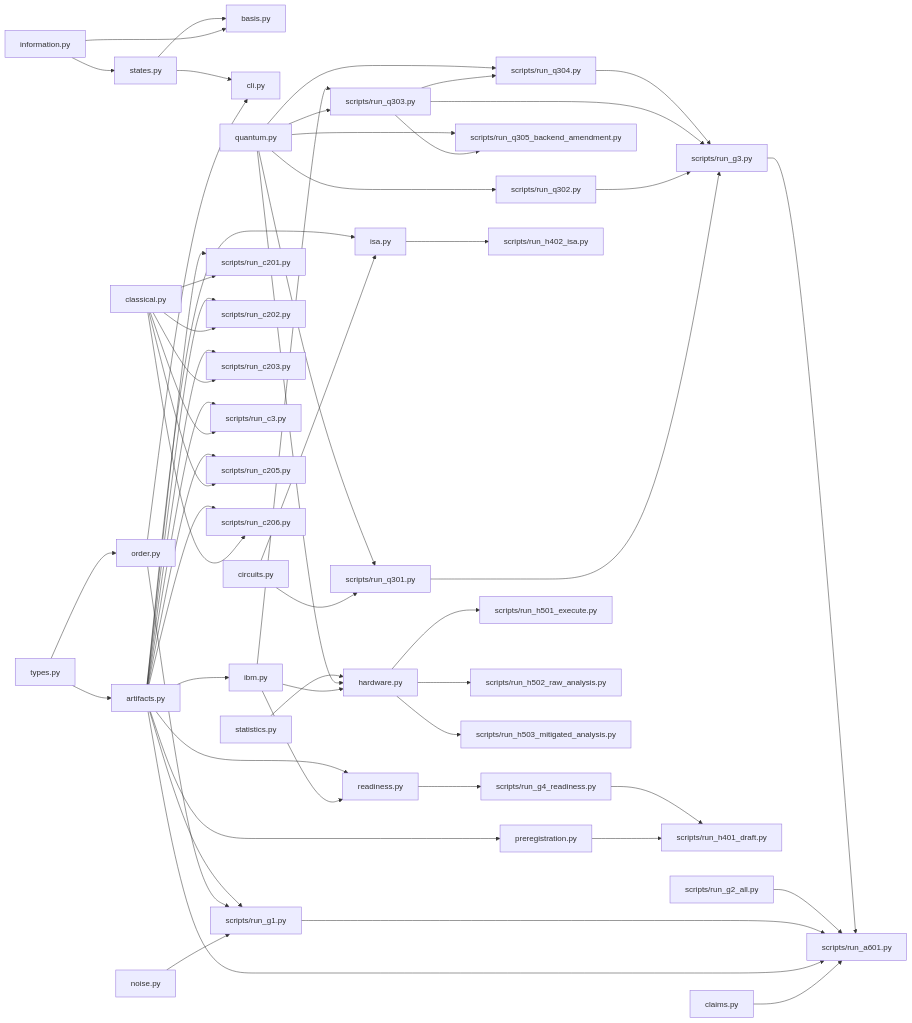
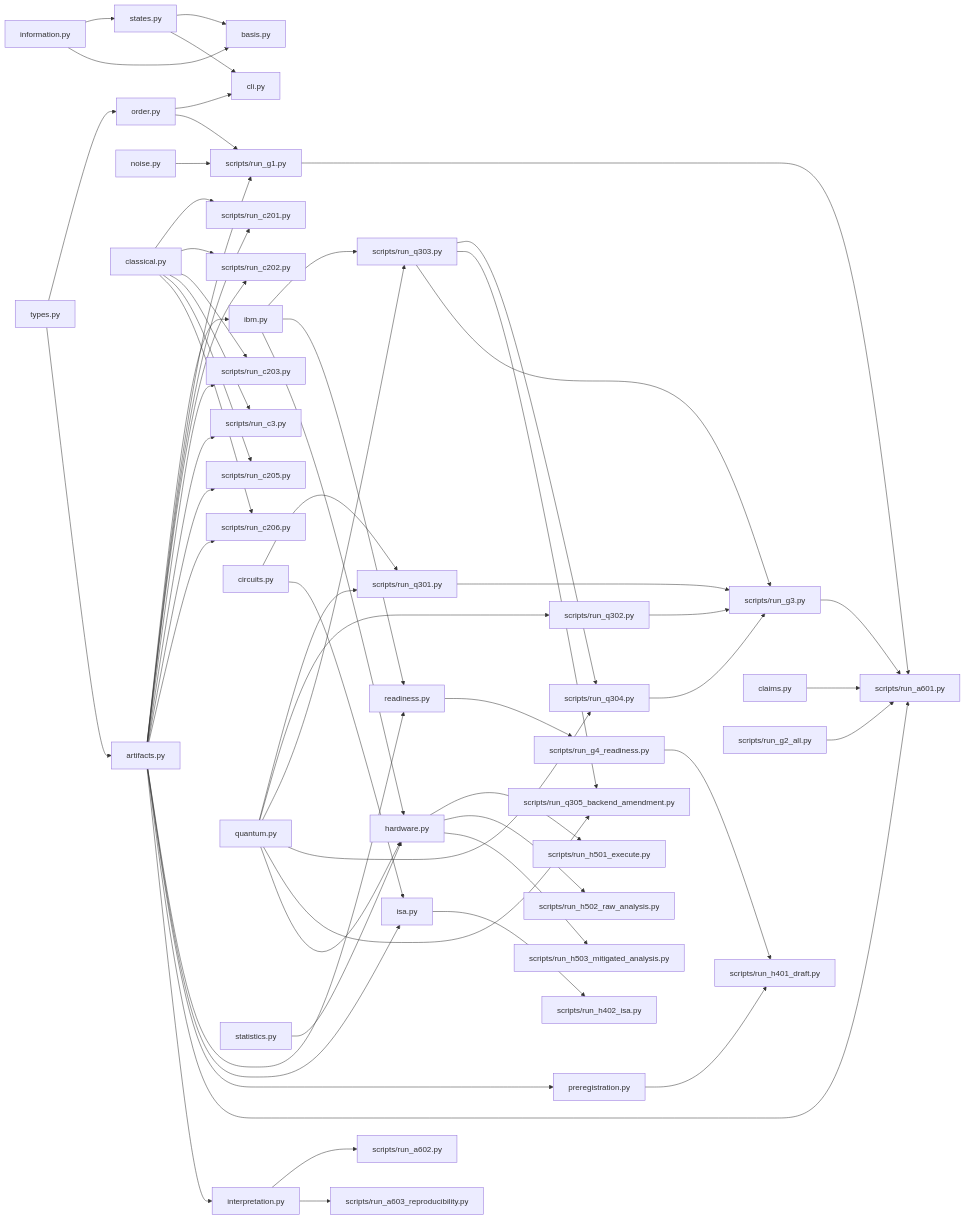
The fourth of 5 diagrams in docs/ARCHITECTURE.md (detasar/quantum-time-experiment), drawn with Mermaid before and after one commit. The commit also changed other lines of this file and 12 other files, not shown here.

````diff
--- a/docs/ARCHITECTURE.md
+++ b/docs/ARCHITECTURE.md
@@ -172,59 +184,62 @@
 ```mermaid
 flowchart LR
     types["types.py"] --> order["order.py"]
     types --> artifacts["artifacts.py"]
     information["information.py"] --> states["states.py"]
     information --> basis["basis.py"]
     states --> basis
     order --> cli["cli.py"]
     states --> cli
     artifacts --> ibm["ibm.py"]
     noise["noise.py"] --> run_g1["scripts/run_g1.py"]
     order --> run_g1
     artifacts --> run_g1
     classical["classical.py"] --> run_c201["scripts/run_c201.py"]
     classical --> run_c202["scripts/run_c202.py"]
     classical --> run_c203["scripts/run_c203.py"]
     classical --> run_c3["scripts/run_c3.py"]
     classical --> run_c205["scripts/run_c205.py"]
     classical --> run_c206["scripts/run_c206.py"]
     artifacts --> run_c201
     artifacts --> run_c202
     artifacts --> run_c203
     artifacts --> run_c3
     artifacts --> run_c205
     artifacts --> run_c206
     circuits["circuits.py"] --> run_q301["scripts/run_q301.py"]
     quantum["quantum.py"] --> run_q301
     quantum --> run_q302["scripts/run_q302.py"]
     quantum --> run_q303["scripts/run_q303.py"]
     ibm["ibm.py"] --> run_q303
     run_q303 --> run_q304["scripts/run_q304.py"]
     run_q303 --> run_q305["scripts/run_q305_backend_amendment.py"]
     quantum --> run_q304
     quantum --> run_q305
     run_q301 --> run_g3["scripts/run_g3.py"]
     run_q302 --> run_g3
     run_q303 --> run_g3
     run_q304 --> run_g3
     ibm --> readiness["readiness.py"]
     artifacts --> readiness
     readiness --> run_g4_readiness["scripts/run_g4_readiness.py"]
     isa["isa.py"] --> run_h402_isa["scripts/run_h402_isa.py"]
     circuits --> isa
     artifacts --> isa
     preregistration["preregistration.py"] --> run_h401_draft["scripts/run_h401_draft.py"]
     artifacts --> preregistration
     run_g4_readiness --> run_h401_draft
     hardware["hardware.py"] --> run_h501_execute["scripts/run_h501_execute.py"]
     hardware --> run_h502_raw["scripts/run_h502_raw_analysis.py"]
     hardware --> run_h503_mitigated["scripts/run_h503_mitigated_analysis.py"]
     ibm --> hardware
     quantum --> hardware
     statistics["statistics.py"] --> hardware
     claims["claims.py"] --> run_a601["scripts/run_a601.py"]
+    interpretation["interpretation.py"] --> run_a602["scripts/run_a602.py"]
+    interpretation --> run_a603["scripts/run_a603_reproducibility.py"]
     artifacts --> run_a601
+    artifacts --> interpretation
     run_g1 --> run_a601
     run_g2["scripts/run_g2_all.py"] --> run_a601
     run_g3 --> run_a601
 ```
````
